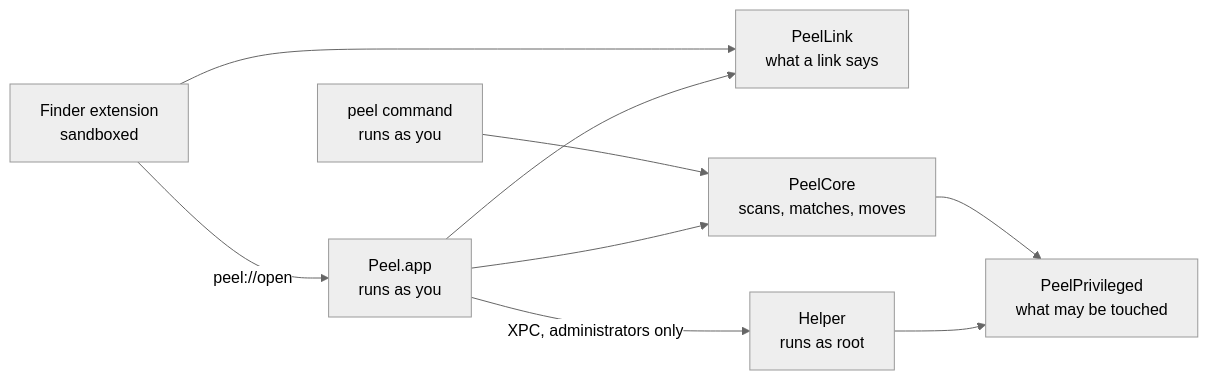
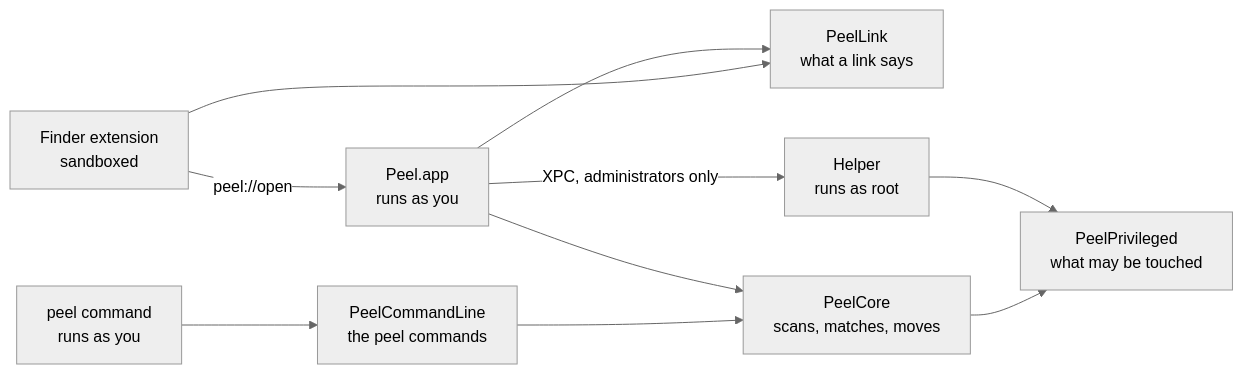
Before and after one commit to TuguiDragos/Peel: the diagram in ARCHITECTURE.md, drawn with Mermaid (neutral theme). The commit also changed other lines of this file and 2 other files, not shown here.

First line of the commit message:
Bring ARCHITECTURE.md up to date

````diff
--- a/ARCHITECTURE.md
+++ b/ARCHITECTURE.md
@@ -19,11 +19,12 @@
 ```mermaid
 flowchart LR
     Finder["Finder extension<br>sandboxed"] -- "peel://open" --> App["Peel.app<br>runs as you"]
     Finder --> Link["PeelLink<br>what a link says"]
     App --> Link
-    CLI["peel command<br>runs as you"] --> Core["PeelCore<br>scans, matches, moves"]
+    CLI["peel command<br>runs as you"] --> Commands["PeelCommandLine<br>the peel commands"]
+    Commands --> Core["PeelCore<br>scans, matches, moves"]
     App --> Core
     App -- "XPC, administrators only" --> Helper["Helper<br>runs as root"]
     Core --> Privileged["PeelPrivileged<br>what may be touched"]
     Helper --> Privileged
 ```
````
